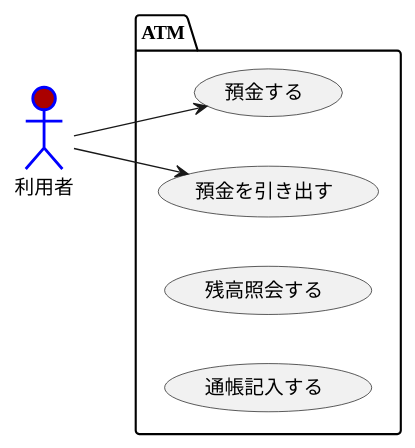
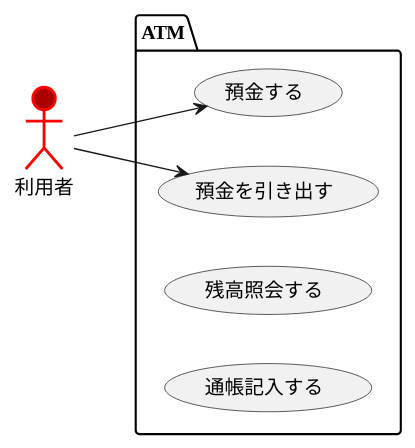
One commit to tonitonityoppa/uml-introduction changed the diagram in _UC_ATM.pu. Above: the diagram before and after it, drawn with PlantUML.

Commit message:
編集

```diff
--- a/_UC_ATM.pu
+++ b/_UC_ATM.pu
@@ -1,12 +1,12 @@
 @startuml 例題1
 left to right direction
-actor 利用者  #AA0000;line:Blue;line.bold;
+actor 利用者  #AA0000;line:Red;line.bold;
 package ATM {
 usecase 預金する
 usecase 預金を引き出す
 usecase 残高照会する
 usecase 通帳記入する
 }
 利用者 --> 預金する
 利用者 --> 預金を引き出す
 @enduml
```
